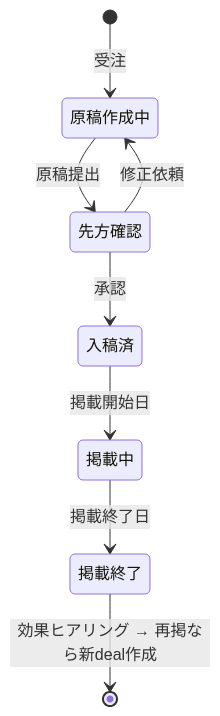
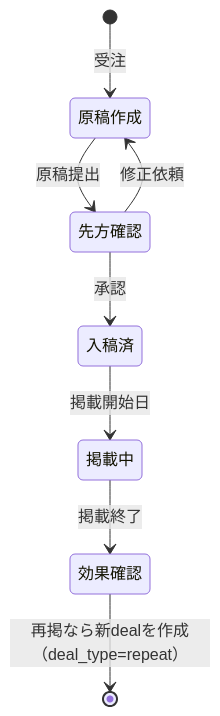
One commit to okayus/alt-kintone changed the third of 4 diagrams in docs/domain-model.md. Above: the diagram before and after it, drawn with Mermaid. The commit also changed other lines of this file and 3 other files, not shown here.

````diff
--- a/docs/domain-model.md
+++ b/docs/domain-model.md
@@ -99,10 +319,10 @@
 ```mermaid
 stateDiagram-v2
-    [*] --> 原稿作成中 : 受注
-    原稿作成中 --> 先方確認 : 原稿提出
-    先方確認 --> 原稿作成中 : 修正依頼
+    [*] --> 原稿作成 : 受注
+    原稿作成 --> 先方確認 : 原稿提出
+    先方確認 --> 原稿作成 : 修正依頼
     先方確認 --> 入稿済 : 承認
     入稿済 --> 掲載中 : 掲載開始日
-    掲載中 --> 掲載終了 : 掲載終了日
-    掲載終了 --> [*] : 効果ヒアリング → 再掲なら新deal作成
+    掲載中 --> 効果確認 : 掲載終了
+    効果確認 --> [*] : 再掲なら新dealを作成（deal_type=repeat）
 ```
````
